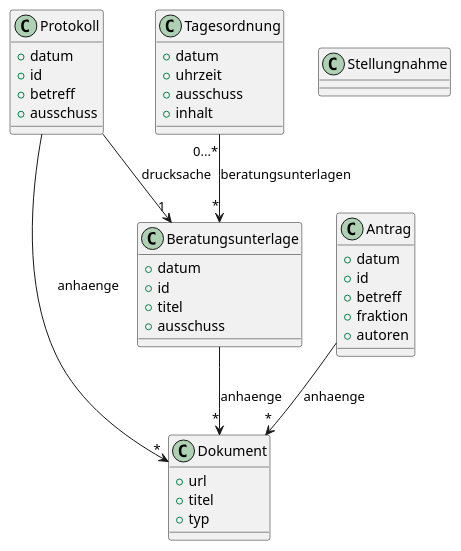
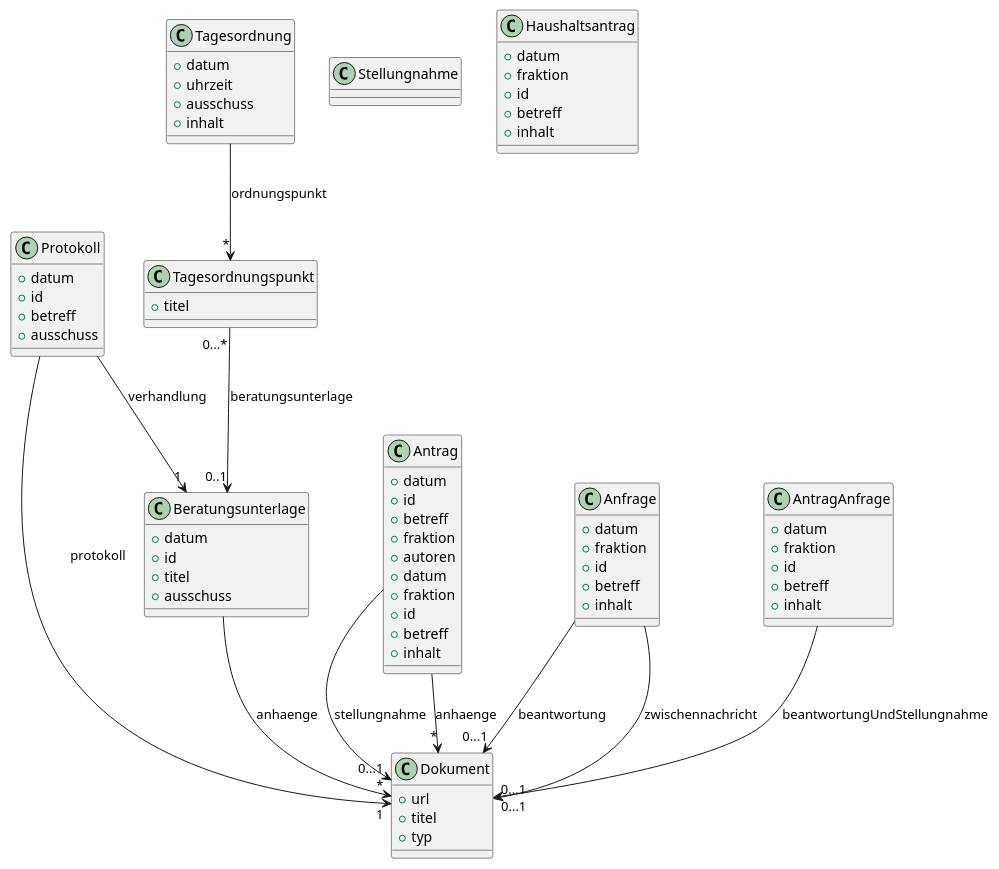
Before and after one commit to akramer-zibra/einblick-stuttgart: the diagram in doc/plantuml/datenmodell.puml, drawn with PlantUML.

Commit message:
Ergänzt Datenmodell um neue Erkenntnisse

```diff
--- a/doc/plantuml/datenmodell.puml
+++ b/doc/plantuml/datenmodell.puml
@@ -1,109 +1,166 @@
 @startuml Datenressourcen
 
 /'
 Beispiel
   Datum:        27.09.2019
   Id:           GRDrs 975/2019
   Titel:        Weltklima in Not -Stuttgart handeltAktionsprogramm Klimaschutz 
                 -Verwendung des Klimaschutzfonds
   Ausschuss:    Ausschuss für Klima und Umwelt
 
 Zusammengesetzte Werte
     Bezeichnung:    Drucksache 975/2019
     Suchergebnis:   Weltklima in Not - Stuttgart handelt Aktionsprogramm Klimaschutz - Verwendung des Klimaschutzfonds
                     Ausschuss für Klima und Umwelt 
 '/
 class Beratungsunterlage {
     +datum
     +id
     +titel
     +ausschuss
 }
 Beratungsunterlage --> "*" Dokument : anhaenge
 
 /'
 Beispiel
   Datum:        24.07.2019
   Identifier:   414
   Betreff:      Aufstellung Jahresabschluss 2018
   Ausschuss:    Verwaltungsausschussdes Gemeinderats der Landeshauptstadt Stuttgart
 
 Zusammengesetzte Werte
     Bezeichnung:    Top 1a - NsNr 414
     Titel:          Aufstellung Jahresabschluss 2018
                     Verwaltungsausschuss 
 '/
 class Protokoll {
     +datum
     +id
     +betreff
     +ausschuss
 }
-Protokoll --> "*" Dokument : anhaenge
-Protokoll --> "1" Beratungsunterlage : drucksache
+Protokoll --> "1" Dokument : protokoll
+Protokoll --> "1" Beratungsunterlage : verhandlung
 
 /'
 Beispiel 
   Datum:        24.10.2019
   Id:           1191/2019
   Betreff:      Aktionsprogramm Klimaschutz
                 Wenn´s den Baum dürstet – gießen 
   Fraktion:     Bündnis 90/DIE GRÜNEN-Gemeinderatsfraktion
   Autoren:      Gabriele Nuber-Schöllhammer Andreas Winter
 
 Zusammengesetzte Werte...
   Bezeichnung:  AntragsNr. 1191/2019
   Titel:        Aktionsprogramm Klimaschutz Wenn´s den Baum dürstet – gießen
                 Bündnis 90/DIE GRÜNEN-Gemeinderatsfraktion 
 '/
 class Antrag {
     +datum
     +id
     +betreff
     +fraktion
     +autoren
 }
 Antrag --> "*" Dokument : anhaenge
 
 'Stellungnahme ist noch nicht analysiert
 class Stellungnahme {
 }
 
 /'
 Beispiel
   Datum:        18.10.2019
   Uhrzeit:      08:30
   Ausschuss:    Ausschuss für Klima und Umwelt
   Inhalt:       ... 
                 1 Weltklima in Not - Stuttgart handelt
                 Aktionsprogramm Klimaschutz - Verwendung des Klimaschutzfonds
                 - Beratung -
                 Beratungsunterlagen
 
                 2 Schnell, deutliche Schritte beim Klimawandel: Was tut Stuttgart bisher?
                 Antrag 274/2019 vom 17.09.2019 der SPD-Gemeinderatsfraktion
                 - mündlicher Bericht -
 
 Tagesordnung besteht aus Text mit Links
 '/
 class Tagesordnung {
     +datum
     +uhrzeit
     +ausschuss
     +inhalt
 }
-Tagesordnung "0...*" --> "*" Beratungsunterlage : beratungsunterlagen
+Tagesordnung --> "*" Tagesordnungspunkt : ordnungspunkt
+
+class Tagesordnungspunkt {
+    +titel
+}
+Tagesordnungspunkt "0...*" --> "0..1" Beratungsunterlage : beratungsunterlage
 
 /'
 Beispiel
     url: 
     titel:
     typ: application/pdf, text/plain
 '/
 class Dokument {
     +url
     +titel
     +typ      
 }
 
+/'
+Beispiel
+  https://www.domino1.stuttgart.de/web/ksd/KSDRedSystem.nsf/ae7aefac3711e63fc1257c67004d7347/b665a8da1aa9f789c125849d00212753?OpenDocument
+'/
+class Haushaltsantrag {
+    +datum
+    +fraktion
+    +id
+    +betreff
+    +inhalt
+}
+
+/'
+Beispiel
+  https://www.domino1.stuttgart.de/web/ksd/KSDRedSystem.nsf/ae7aefac3711e63fc1257c67004d7347/14af3f9c529bee2cc125821600423182?OpenDocument
+'/
+class Anfrage {
+    +datum
+    +fraktion
+    +id
+    +betreff
+    +inhalt
+}
+Anfrage --> "0...1" Dokument: zwischennachricht
+Anfrage --> "0...1" Dokument: beantwortung
+
+/'
+Beispiel: 
+  https://www.domino1.stuttgart.de/web/ksd/KSDRedSystem.nsf/ae7aefac3711e63fc1257c67004d7347/c8806a97487617bac125822d002c193d?OpenDocument
+'/
+class Antrag {
+    +datum
+    +fraktion
+    +id
+    +betreff
+    +inhalt
+}
+Antrag --> "0...1" Dokument: stellungnahme
+
+/'
+Beispiel
+  https://www.domino1.stuttgart.de/web/ksd/KSDRedSystem.nsf/ae7aefac3711e63fc1257c67004d7347/e8913e5cb4af10d1c125824e002c6b1f?OpenDocument
+'/
+class AntragAnfrage {
+    +datum
+    +fraktion
+    +id
+    +betreff
+    +inhalt
+}
+AntragAnfrage --> "0...1" Dokument: beantwortungUndStellungnahme
+
 @enduml
```
